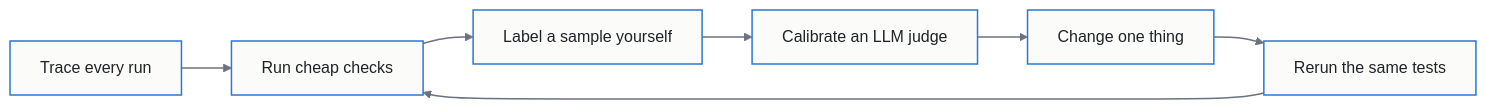
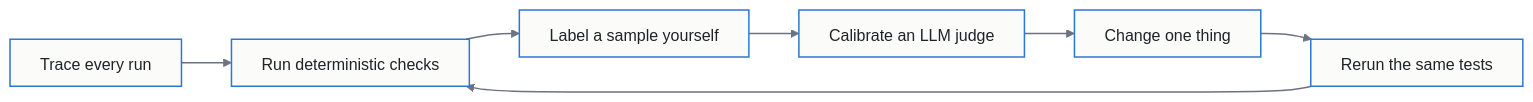
One commit to tildahh/openclaw-analysis changed the first of 3 diagrams in README.md. Above: the diagram before and after it, drawn with Mermaid (base theme). The commit also changed other lines of this file, not shown here.

First line of the commit message:
Use SVG diagram labels and rename the deterministic checks

````diff
--- a/README.md
+++ b/README.md
@@ -24,12 +24,12 @@
 ```mermaid
-%%{init: {"flowchart": {"htmlLabels": false}} }%%
+%%{init: {"htmlLabels": false, "flowchart": {"htmlLabels": false}}}%%
 flowchart LR
-    A["Trace every run"] --> B["Run cheap checks"]
+    A["Trace every run"] --> B["Run deterministic checks"]
     B --> C["Label a sample yourself"]
     C --> D["Calibrate an LLM judge"]
     D --> E["Change one thing"]
     E --> F["Rerun the same tests"]
     F --> B
     classDef default fill:#FBFBF9,stroke:#2A78D6,stroke-width:1.5px,color:#1F2328
     linkStyle default stroke:#6B7280,stroke-width:1.5px
 ```
````
